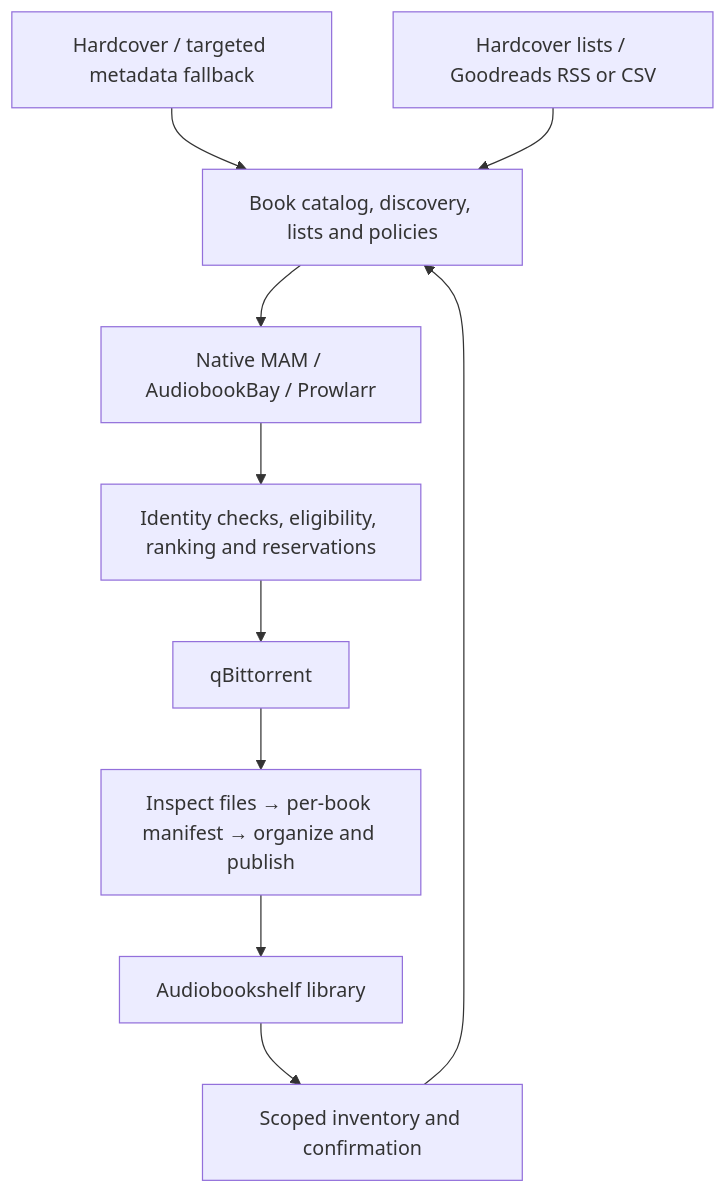
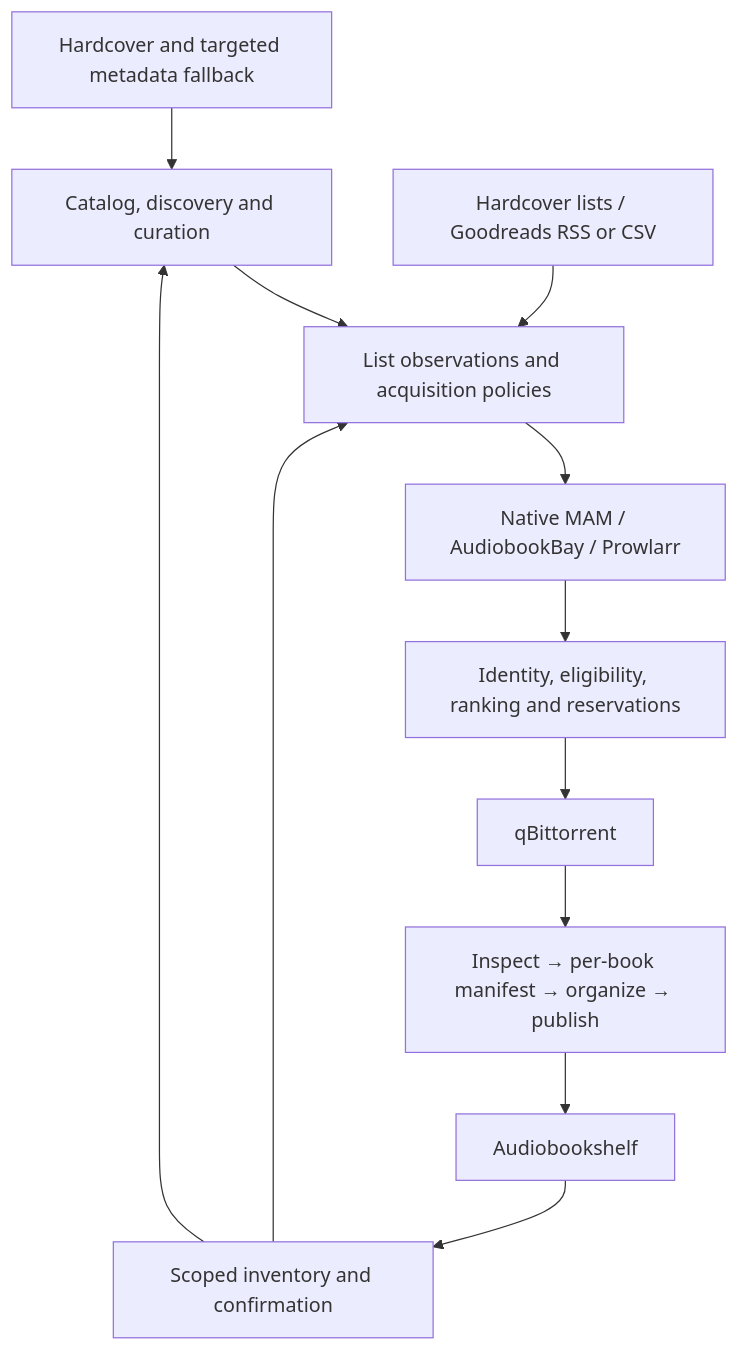
Before and after one commit to drdilips1/dewarr: the diagram in DEVELOPMENT-ROADMAP.md, drawn with Mermaid. The commit also changed other lines of this file and 15 other files, not shown here.

````diff
--- a/DEVELOPMENT-ROADMAP.md
+++ b/DEVELOPMENT-ROADMAP.md
@@ -47,12 +37,14 @@
 ```mermaid
 flowchart TD
-    Catalog["Hardcover / targeted metadata fallback"] --> App["Book catalog, discovery, lists and policies"]
-    Lists["Hardcover lists / Goodreads RSS or CSV"] --> App
-    App --> Search["Native MAM / AudiobookBay / Prowlarr"]
-    Search --> Select["Identity checks, eligibility, ranking and reservations"]
-    Select --> Qbit["qBittorrent"]
-    Qbit --> Import["Inspect files → per-book manifest → organize and publish"]
-    Import --> ABS["Audiobookshelf library"]
+    Metadata["Hardcover and targeted metadata fallback"] --> Catalog["Catalog, discovery and curation"]
+    Lists["Hardcover lists / Goodreads RSS or CSV"] --> Policy["List observations and acquisition policies"]
+    Catalog --> Policy
+    Policy --> Search["Native MAM / AudiobookBay / Prowlarr"]
+    Search --> Select["Identity, eligibility, ranking and reservations"]
+    Select --> Download["qBittorrent"]
+    Download --> Import["Inspect → per-book manifest → organize → publish"]
+    Import --> ABS["Audiobookshelf"]
     ABS --> Inventory["Scoped inventory and confirmation"]
-    Inventory --> App
+    Inventory --> Catalog
+    Inventory --> Policy
 ```
````
